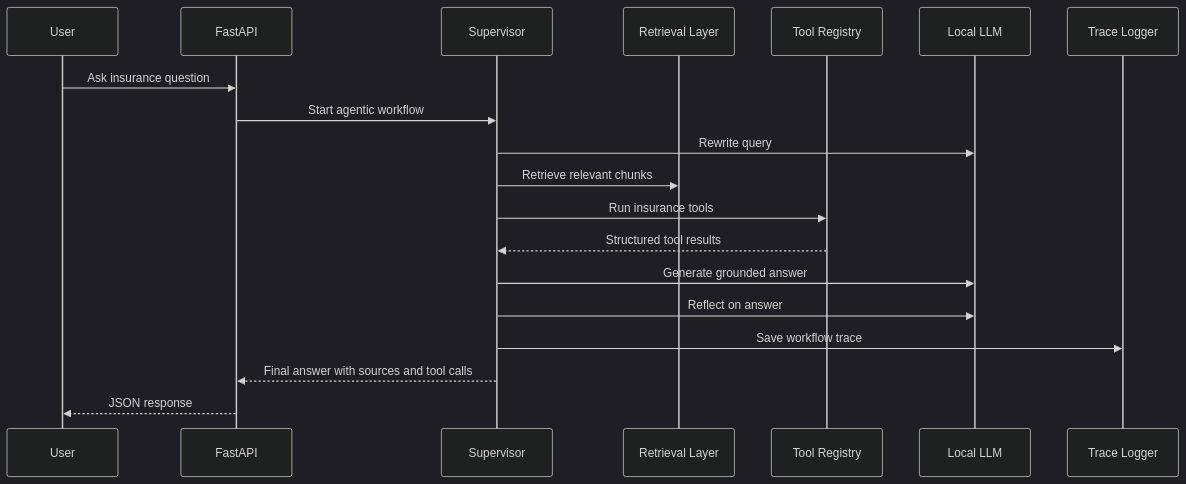
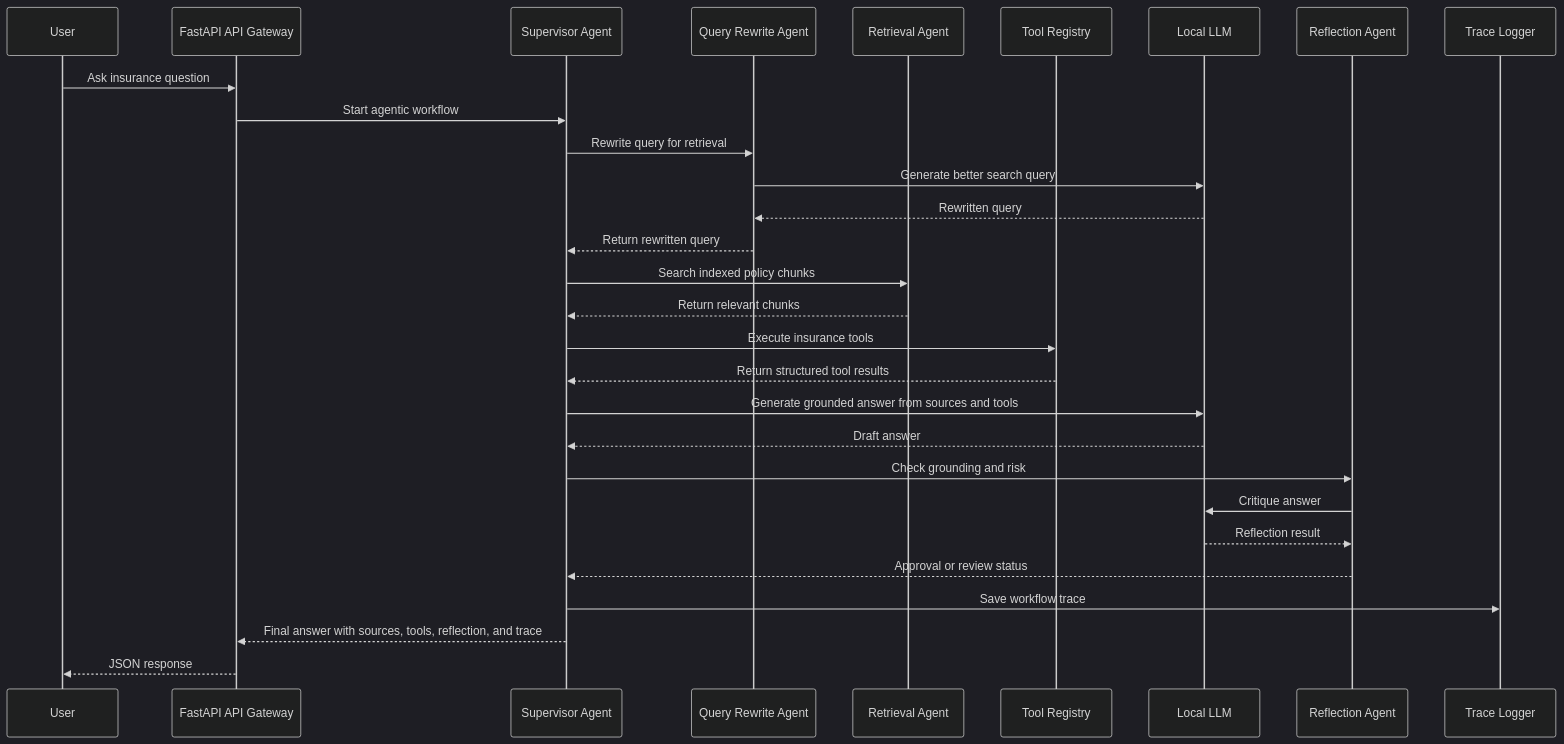
One commit to SwapnilMundhekar/insurance-aigents.com changed the second of 4 diagrams in README.md. Above: the diagram before and after it, drawn with Mermaid (dark theme). The commit also changed other lines of this file, not shown here.

First line of the commit message:
Revise README for Agentic RAG branding and details

````diff
--- a/README.md
+++ b/README.md
@@ -120,22 +168,32 @@
 ```mermaid
 sequenceDiagram
     participant User
-    participant API as FastAPI
-    participant Supervisor
-    participant RAG as Retrieval Layer
+    participant API as FastAPI API Gateway
+    participant Supervisor as Supervisor Agent
+    participant Rewrite as Query Rewrite Agent
+    participant Retrieval as Retrieval Agent
     participant Tools as Tool Registry
     participant LLM as Local LLM
+    participant Reflect as Reflection Agent
     participant Trace as Trace Logger
 
     User->>API: Ask insurance question
     API->>Supervisor: Start agentic workflow
-    Supervisor->>LLM: Rewrite query
-    Supervisor->>RAG: Retrieve relevant chunks
-    Supervisor->>Tools: Run insurance tools
-    Tools-->>Supervisor: Structured tool results
-    Supervisor->>LLM: Generate grounded answer
-    Supervisor->>LLM: Reflect on answer
+    Supervisor->>Rewrite: Rewrite query for retrieval
+    Rewrite->>LLM: Generate better search query
+    LLM-->>Rewrite: Rewritten query
+    Rewrite-->>Supervisor: Return rewritten query
+    Supervisor->>Retrieval: Search indexed policy chunks
+    Retrieval-->>Supervisor: Return relevant chunks
+    Supervisor->>Tools: Execute insurance tools
+    Tools-->>Supervisor: Return structured tool results
+    Supervisor->>LLM: Generate grounded answer from sources and tools
+    LLM-->>Supervisor: Draft answer
+    Supervisor->>Reflect: Check grounding and risk
+    Reflect->>LLM: Critique answer
+    LLM-->>Reflect: Reflection result
+    Reflect-->>Supervisor: Approval or review status
     Supervisor->>Trace: Save workflow trace
-    Supervisor-->>API: Final answer with sources and tool calls
+    Supervisor-->>API: Final answer with sources, tools, reflection, and trace
     API-->>User: JSON response
 ```
````
